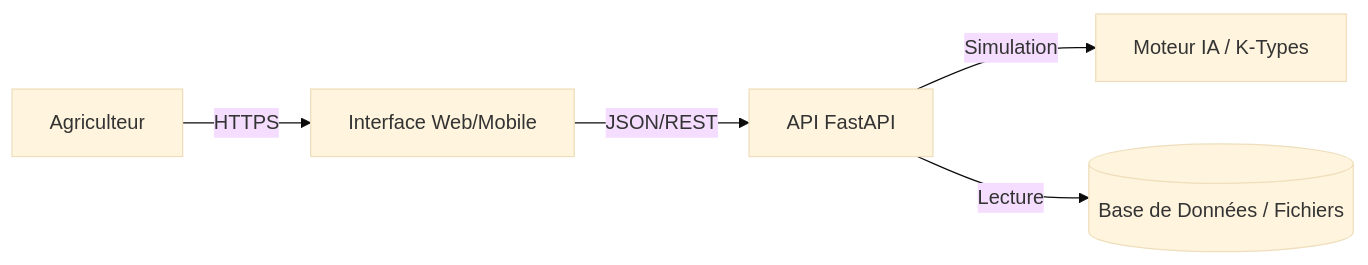
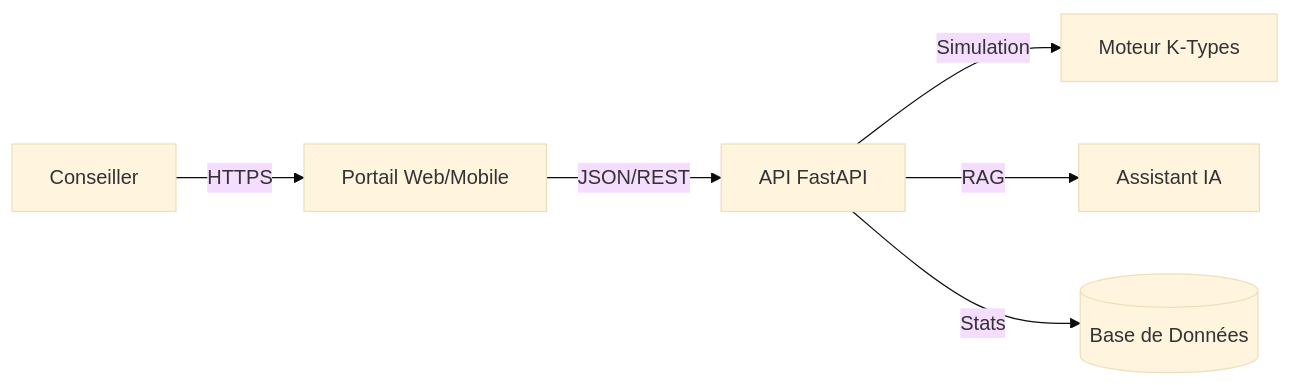
The diagram in explain.md (franklin-labs/EDA-Et-Structuration-Hackathon-GAIA), drawn with Mermaid (base theme) before and after one commit. The commit also changed other lines of this file and 5 other files, not shown here.

First line of the commit message:
feat: implement advisor portal with dashboard, simulation tool, and AI assistant

````diff
--- a/explain.md
+++ b/explain.md
@@ -9,7 +9,8 @@
 ```mermaid
 graph LR
-    User[Agriculteur] -- HTTPS --> Frontend[Interface Web/Mobile]
+    User[Conseiller] -- HTTPS --> Frontend[Portail Web/Mobile]
     Frontend -- JSON/REST --> Backend[API FastAPI]
-    Backend -- Simulation --> ML[Moteur IA / K-Types]
-    Backend -- Lecture --> DB[(Base de Données / Fichiers)]
+    Backend -- Simulation --> ML[Moteur K-Types]
+    Backend -- RAG --> Chat[Assistant IA]
+    Backend -- Stats --> DB[(Base de Données)]
 ```
````
